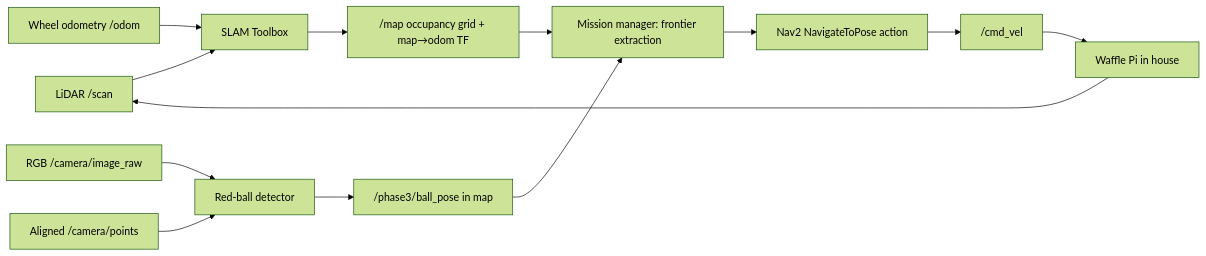
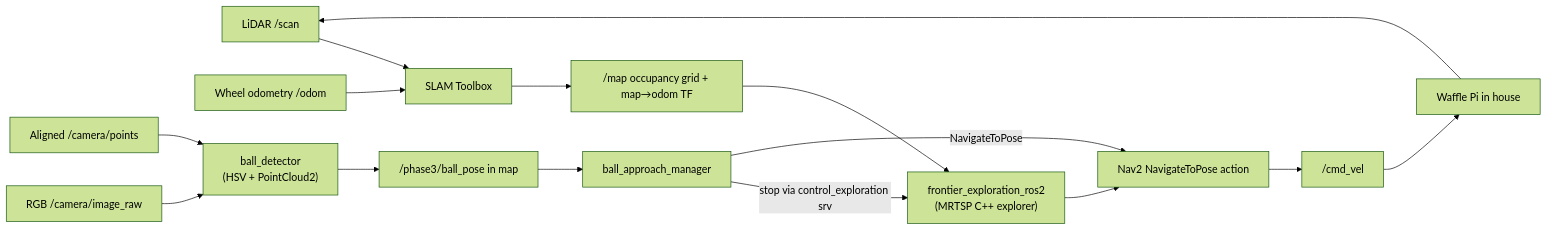
The diagram in nav2_phase3_docker/README.md (sidharth-r-menon/nav2_stack), drawn with Mermaid (forest theme) before and after one commit. The commit also changed other lines of this file and 13 other files, not shown here.

````diff
--- a/nav2_phase3_docker/README.md
+++ b/nav2_phase3_docker/README.md
@@ -45,15 +60,17 @@
 ```mermaid
 flowchart LR
   L["LiDAR /scan"] --> S["SLAM Toolbox"]
   O["Wheel odometry /odom"] --> S
   S --> M["/map occupancy grid + map→odom TF"]
-  M --> F["Mission manager: frontier extraction"]
-  F --> A["Nav2 NavigateToPose action"]
+  M --> FE["frontier_exploration_ros2\n(MRTSP C++ explorer)"]
+  FE --> A["Nav2 NavigateToPose action"]
   A --> C["/cmd_vel"]
   C --> R["Waffle Pi in house"]
   R --> L
-  I["RGB /camera/image_raw"] --> D["Red-ball detector"]
+  I["RGB /camera/image_raw"] --> D["ball_detector\n(HSV + PointCloud2)"]
   P["Aligned /camera/points"] --> D
   D --> B["/phase3/ball_pose in map"]
-  B --> F
+  B --> BAM["ball_approach_manager"]
+  BAM -->|"stop via control_exploration srv"| FE
+  BAM -->|"NavigateToPose"| A
 ```
````
